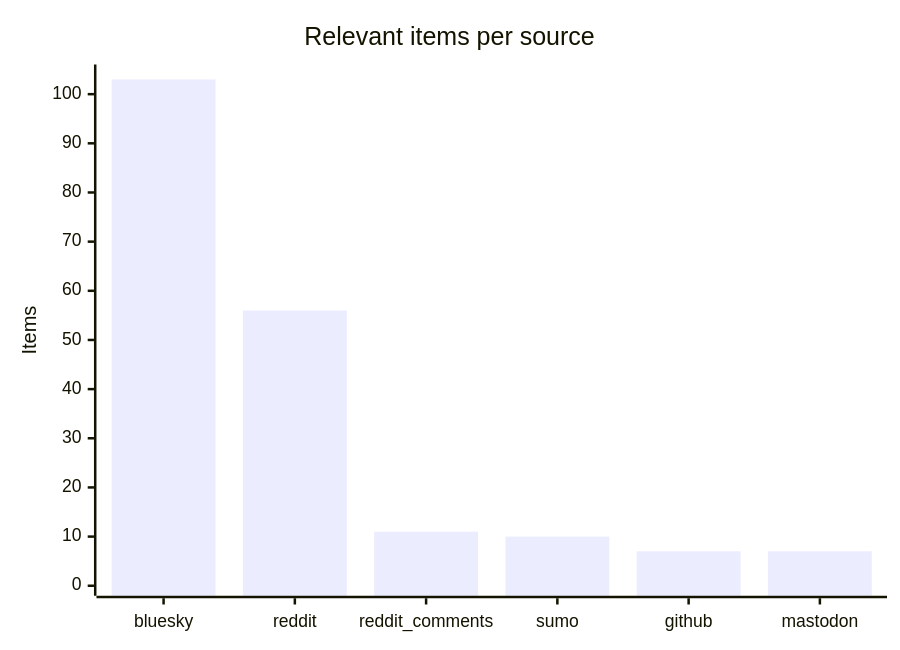
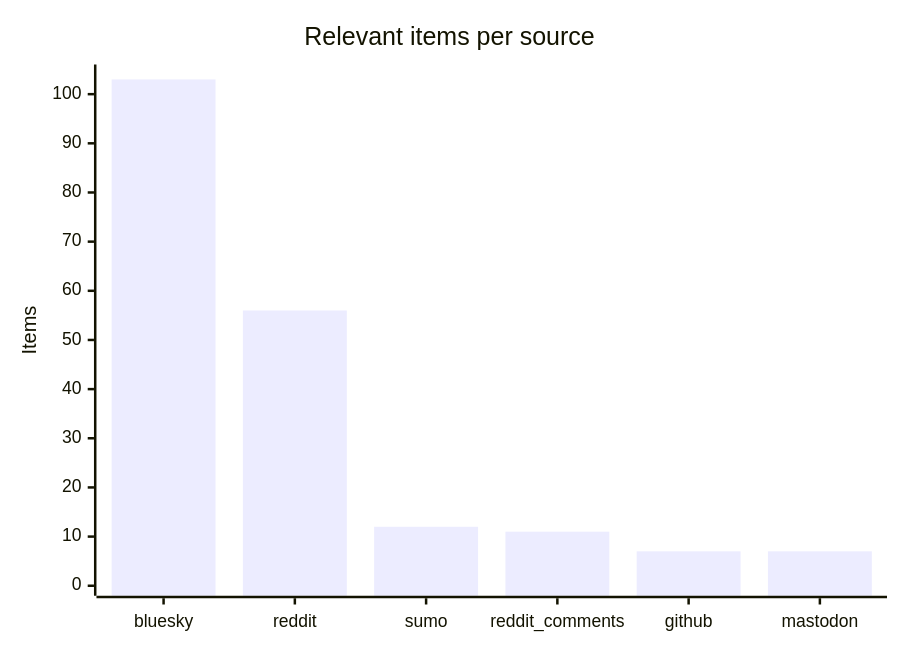
The third of 4 diagrams in README.md (martinbalfanz/social-scanner-reports), drawn with Mermaid before and after one commit. The commit also changed other lines of this file and 2 other files, not shown here.

````diff
--- a/README.md
+++ b/README.md
@@ -48,7 +48,7 @@
 ```mermaid
 xychart-beta
     title "Relevant items per source"
-    x-axis ["bluesky", "reddit", "reddit_comments", "sumo", "github", "mastodon"]
+    x-axis ["bluesky", "reddit", "sumo", "reddit_comments", "github", "mastodon"]
     y-axis "Items" 0 --> 104
-    bar [103, 56, 11, 10, 7, 7]
+    bar [103, 56, 12, 11, 7, 7]
 ```
````
